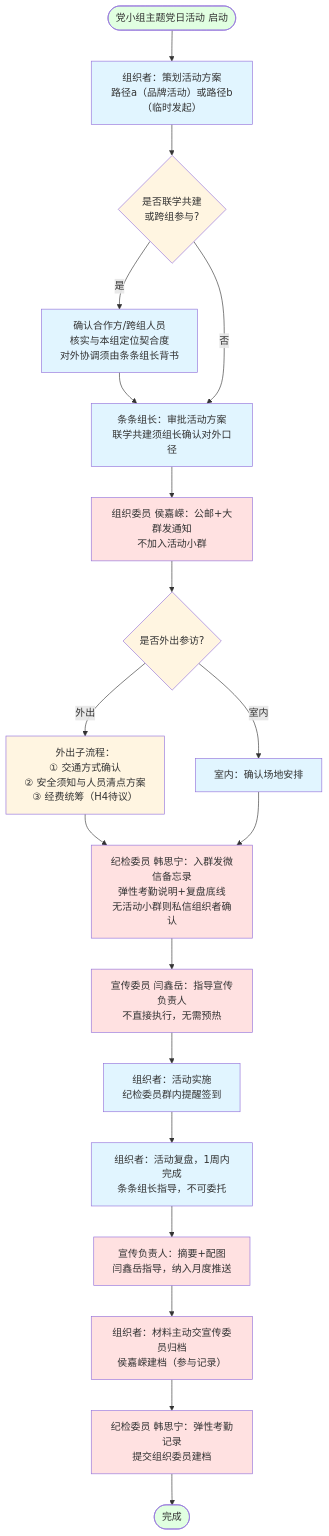
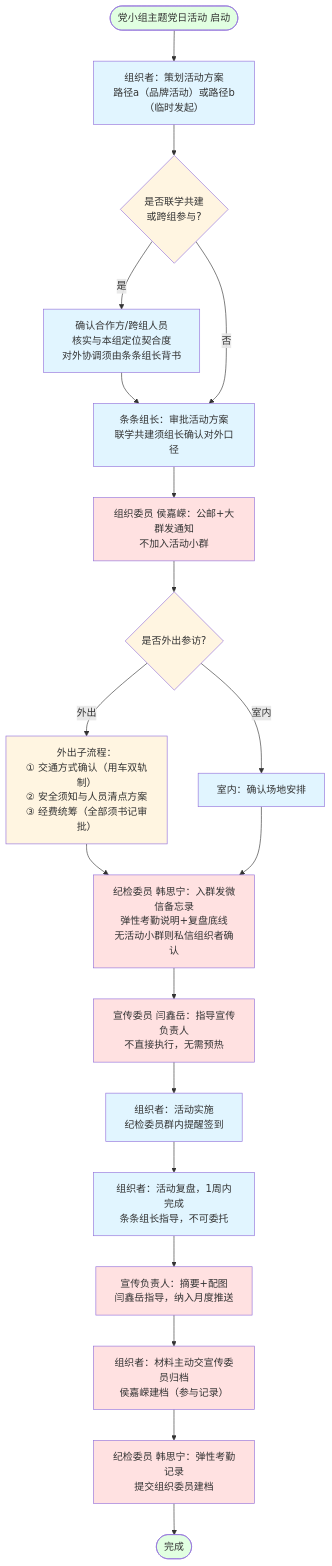
One commit to czhgo/GSM1921-SOP changed the fourth of 9 diagrams in 流程指南/工作流程图-定人定责定岗.md. Above: the diagram before and after it, drawn with Mermaid. The commit also changed other lines of this file and 8 other files, not shown here.

````diff
--- a/流程指南/工作流程图-定人定责定岗.md
+++ b/流程指南/工作流程图-定人定责定岗.md
@@ -214,52 +214,52 @@
 ```mermaid
 flowchart TD
     S([党小组主题党日活动 启动])
 
     P1["组织者：策划活动方案<br/>路径a（品牌活动）或路径b（临时发起）"]
     P2{"是否联学共建<br/>或跨组参与?"}
     P3["确认合作方/跨组人员<br/>核实与本组定位契合度<br/>对外协调须由条条组长背书"]
     P4["条条组长：审批活动方案<br/>联学共建须组长确认对外口径"]
 
     Q1["组织委员 侯嘉嵘：公邮+大群发通知<br/>不加入活动小群"]
     Q2{"是否外出参访?"}
-    Q3["外出子流程：<br/>① 交通方式确认<br/>② 安全须知与人员清点方案<br/>③ 经费统筹（H4待议）"]
+    Q3["外出子流程：<br/>① 交通方式确认（用车双轨制）<br/>② 安全须知与人员清点方案<br/>③ 经费统筹（全部须书记审批）"]
     Q4["室内：确认场地安排"]
 
     R1["纪检委员 韩思宁：入群发微信备忘录<br/>弹性考勤说明+复盘底线<br/>无活动小群则私信组织者确认"]
     R2["宣传委员 闫鑫岳：指导宣传负责人<br/>不直接执行，无需预热"]
 
     T1["组织者：活动实施<br/>纪检委员群内提醒签到"]
 
     U1["组织者：活动复盘，1周内完成<br/>条条组长指导，不可委托"]
     U2["宣传负责人：摘要+配图<br/>闫鑫岳指导，纳入月度推送"]
     U3["组织者：材料主动交宣传委员归档<br/>侯嘉嵘建档（参与记录）"]
     U4["纪检委员 韩思宁：弹性考勤记录<br/>提交组织委员建档"]
 
     End([完成])
 
     S --> P1 --> P2
     P2 -->|是| P3 --> P4
     P2 -->|否| P4
     P4 --> Q1 --> Q2
     Q2 -->|外出| Q3 --> R1
     Q2 -->|室内| Q4 --> R1
     R1 --> R2 --> T1 --> U1 --> U2 --> U3 --> U4 --> End
 
     style S fill:#e1ffe1
     style P1 fill:#e1f5ff
     style P2 fill:#fff5e1
     style P3 fill:#e1f5ff
     style P4 fill:#e1f5ff
     style Q1 fill:#ffe1e1
     style Q2 fill:#fff5e1
     style Q3 fill:#fff5e1
     style Q4 fill:#e1f5ff
     style R1 fill:#ffe1e1
     style R2 fill:#ffe1e1
     style T1 fill:#e1f5ff
     style U1 fill:#e1f5ff
     style U2 fill:#ffe1e1
     style U3 fill:#ffe1e1
     style U4 fill:#ffe1e1
     style End fill:#e1ffe1
 ```
````
